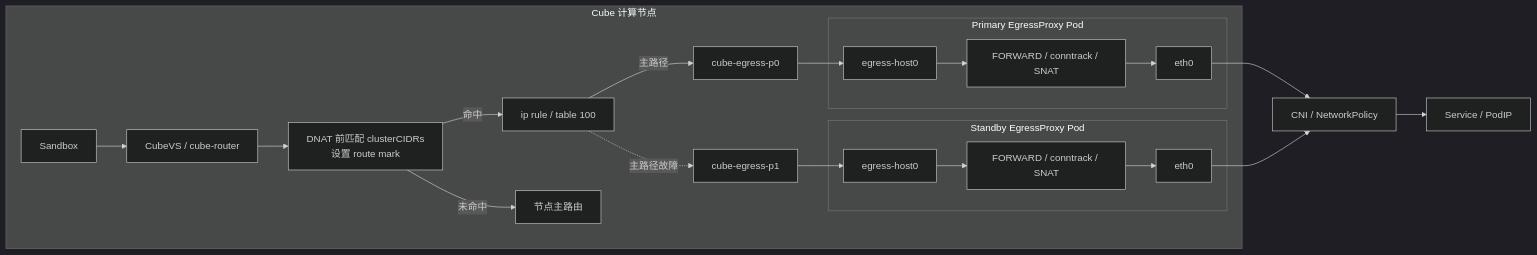
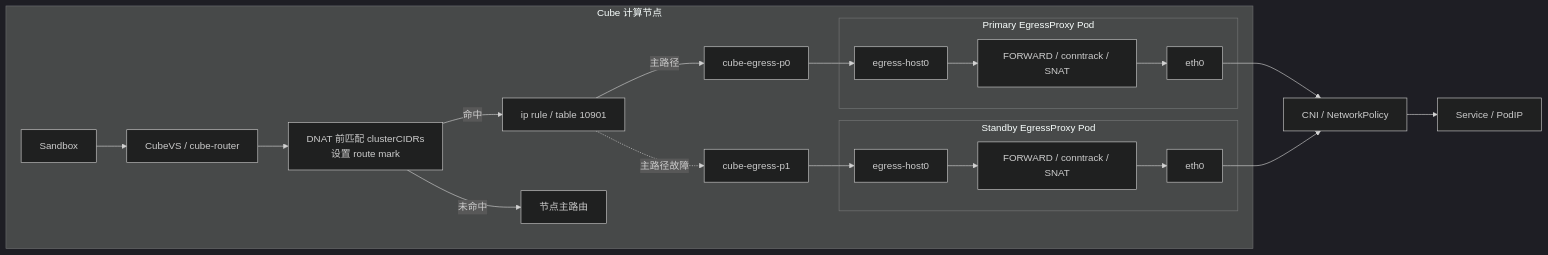
The diagram in deploy/kubernetes/chart/docs/EGRESS_VETH.md (TencentCloud/CubeSandbox), drawn with Mermaid (dark theme) before and after one commit. The commit also changed other lines of this file and 23 other files, not shown here.

````diff
--- a/deploy/kubernetes/chart/docs/EGRESS_VETH.md
+++ b/deploy/kubernetes/chart/docs/EGRESS_VETH.md
@@ -32,35 +32,35 @@
 ```mermaid
 flowchart LR
   subgraph NODE["Cube 计算节点"]
     SB["Sandbox"]
     CR["CubeVS / cube-router"]
     MARK["DNAT 前匹配 clusterCIDRs<br/>设置 route mark"]
-    RULE["ip rule / table 100"]
+    RULE["ip rule / table 10901"]
     MAIN["节点主路由"]
 
     subgraph P["Primary EgressProxy Pod"]
       PV["egress-host0"]
       PF["FORWARD / conntrack / SNAT"]
       PE["eth0"]
     end
 
     subgraph S["Standby EgressProxy Pod"]
       SV["egress-host0"]
       SF["FORWARD / conntrack / SNAT"]
       SE["eth0"]
     end
 
     HV0["cube-egress-p0"]
     HV1["cube-egress-p1"]
 
     SB --> CR --> MARK
     MARK -->|"未命中"| MAIN
     MARK -->|"命中"| RULE
     RULE -->|"主路径"| HV0 --> PV --> PF --> PE
     RULE -.->|"主路径故障"| HV1 --> SV --> SF --> SE
   end
 
   PE --> CNI["CNI / NetworkPolicy"]
   SE --> CNI
   CNI --> TARGET["Service / PodIP"]
 ```
````
